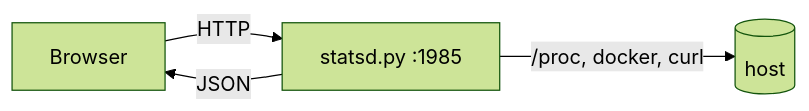
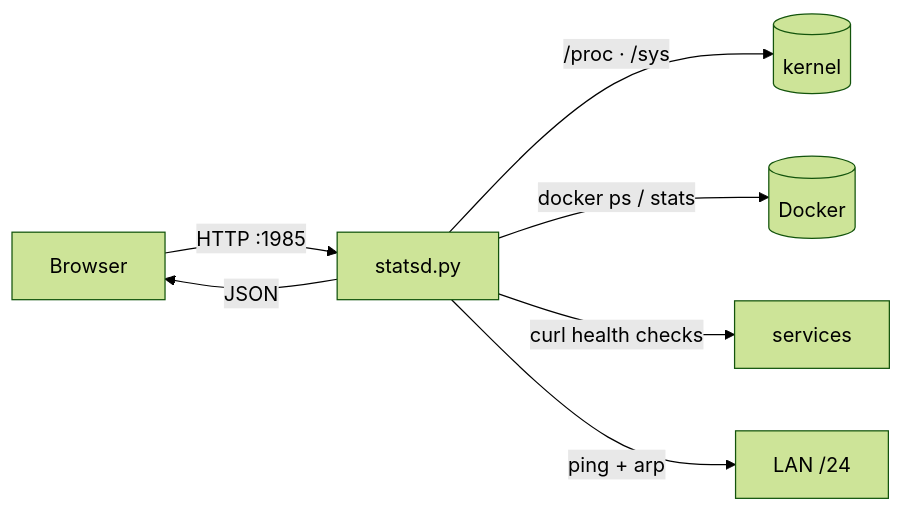
Before and after one commit to Gedankenn/oma-dash: the diagram in README.md, drawn with Mermaid (forest theme). The commit also changed other lines of this file, not shown here.

Commit message:
docs: rewrite README with features, architecture, config and API reference

````diff
--- a/README.md
+++ b/README.md
@@ -23,6 +33,9 @@
 ```mermaid
 flowchart LR
-    B[Browser] -->|HTTP| S[statsd.py :1985]
-    S -->|/proc, docker, curl| H[(host)]
+    B[Browser] -->|HTTP :1985| S[statsd.py]
+    S -->|/proc · /sys| K[(kernel)]
+    S -->|docker ps / stats| D[(Docker)]
+    S -->|curl health checks| V[services]
+    S -->|ping + arp| L[LAN /24]
     S -->|JSON| B
 ```
````
